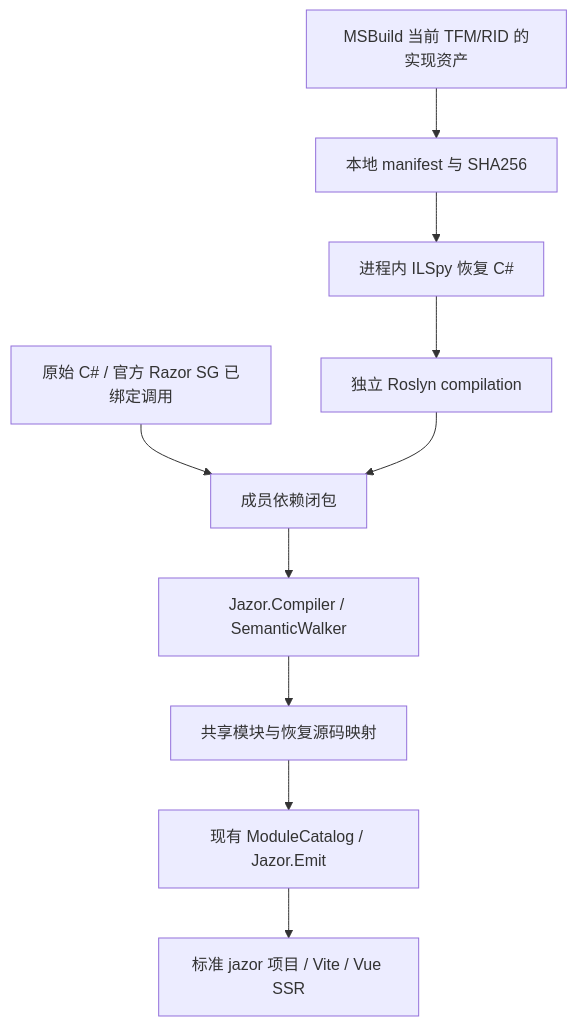
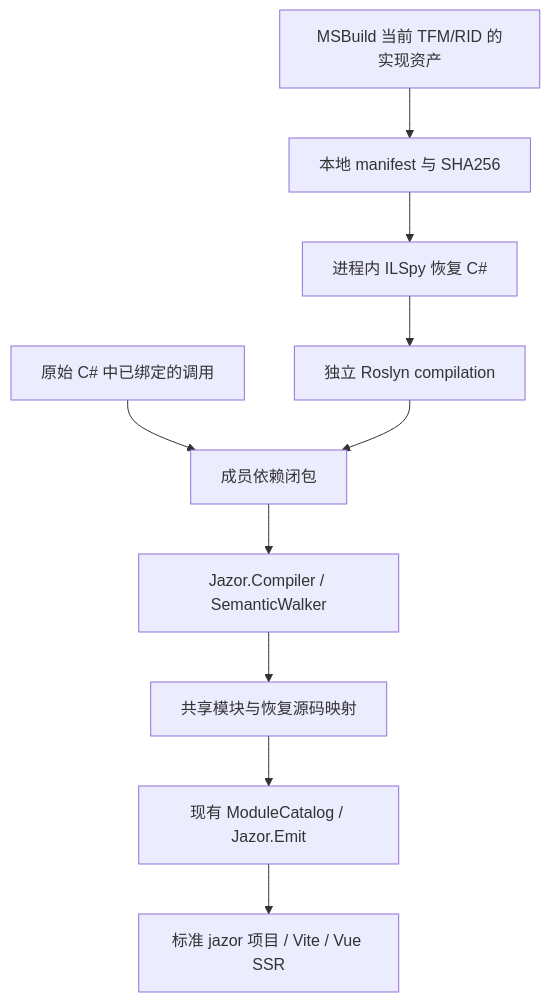
Before and after one commit to devhxj/Jazor: the diagram in docs/04-roadmap/ordinary-nuget-compilation-research.md, drawn with Mermaid. The commit also changed other lines of this file and 52 other files, not shown here.

````diff
--- a/docs/04-roadmap/ordinary-nuget-compilation-research.md
+++ b/docs/04-roadmap/ordinary-nuget-compilation-research.md
@@ -33,12 +33,12 @@
 ```mermaid
 flowchart TD
     A[MSBuild 当前 TFM/RID 的实现资产] --> B[本地 manifest 与 SHA256]
-    C[原始 C# / 官方 Razor SG 已绑定调用] --> D[成员依赖闭包]
+    C[原始 C# 中已绑定的调用] --> D[成员依赖闭包]
     B --> E[进程内 ILSpy 恢复 C#]
     E --> F[独立 Roslyn compilation]
     F --> D
     D --> G[Jazor.Compiler / SemanticWalker]
     G --> H[共享模块与恢复源码映射]
     H --> I[现有 ModuleCatalog / Jazor.Emit]
     I --> J[标准 jazor 项目 / Vite / Vue SSR]
 ```
````
